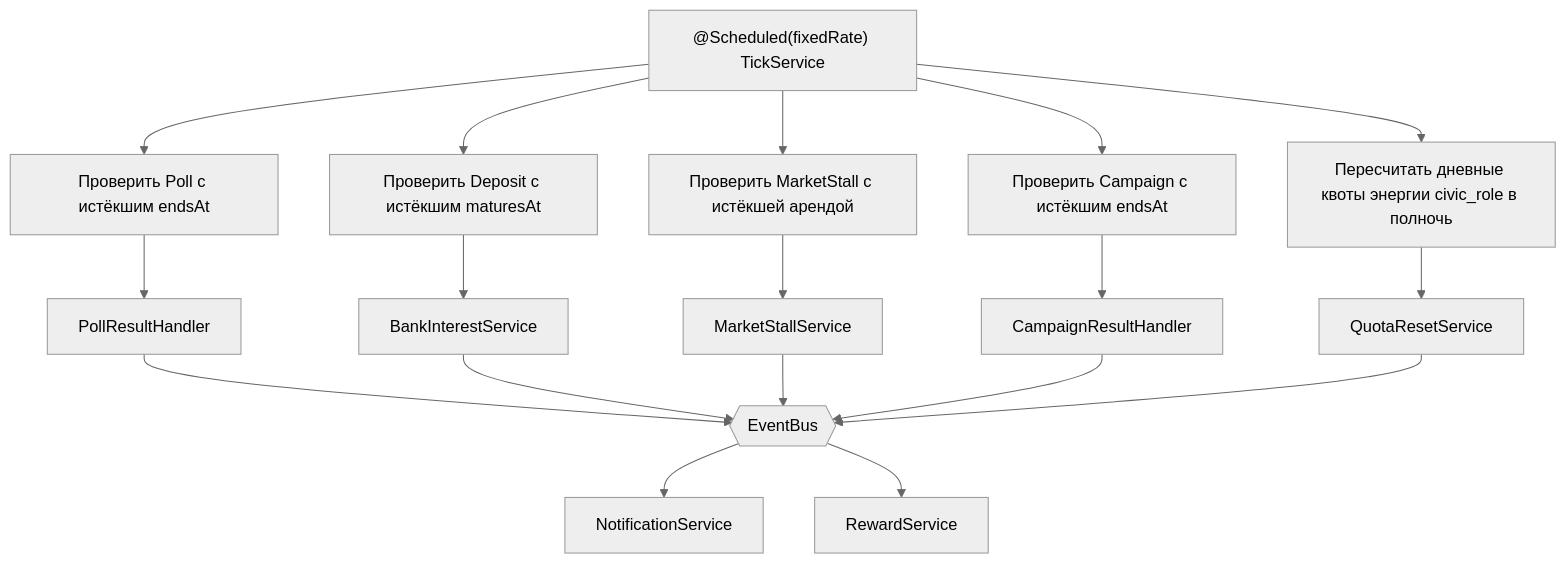
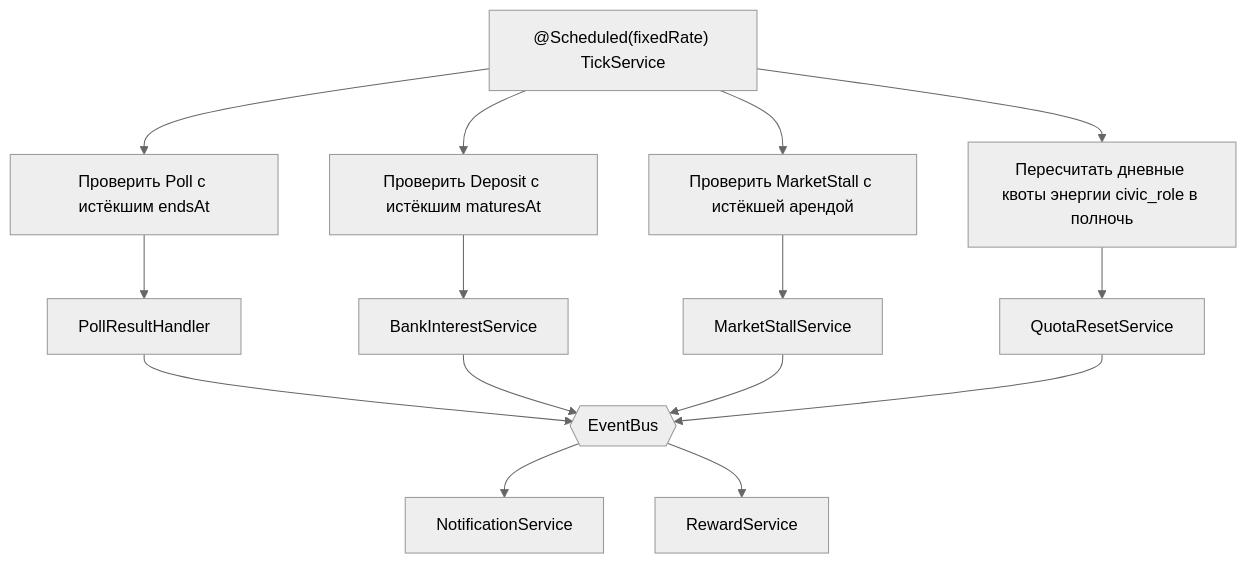
One commit to paulselikhov-cpu/platform changed the fifth of 7 diagrams in documentation/architecture/event/babichchat-event-architecture.md. Above: the diagram before and after it, drawn with Mermaid (neutral theme). The commit also changed other lines of this file and 5 other files, not shown here.

````diff
--- a/documentation/architecture/event/babichchat-event-architecture.md
+++ b/documentation/architecture/event/babichchat-event-architecture.md
@@ -249,17 +248,15 @@
 ```mermaid
 flowchart TB
     CRON["@Scheduled(fixedRate) TickService"] --> Q1[Проверить Poll с истёкшим endsAt]
     CRON --> Q2[Проверить Deposit с истёкшим maturesAt]
     CRON --> Q3[Проверить MarketStall с истёкшей арендой]
-    CRON --> Q4[Проверить Campaign с истёкшим endsAt]
     CRON --> Q5[Пересчитать дневные квоты энергии civic_role в полночь]
 
     Q1 --> H1[PollResultHandler] --> BUS{{EventBus}}
     Q2 --> H2[BankInterestService] --> BUS
     Q3 --> H3[MarketStallService] --> BUS
-    Q4 --> H4[CampaignResultHandler] --> BUS
     Q5 --> H5[QuotaResetService] --> BUS
 
     BUS --> NOT[NotificationService]
     BUS --> RW[RewardService]
 ```
````
